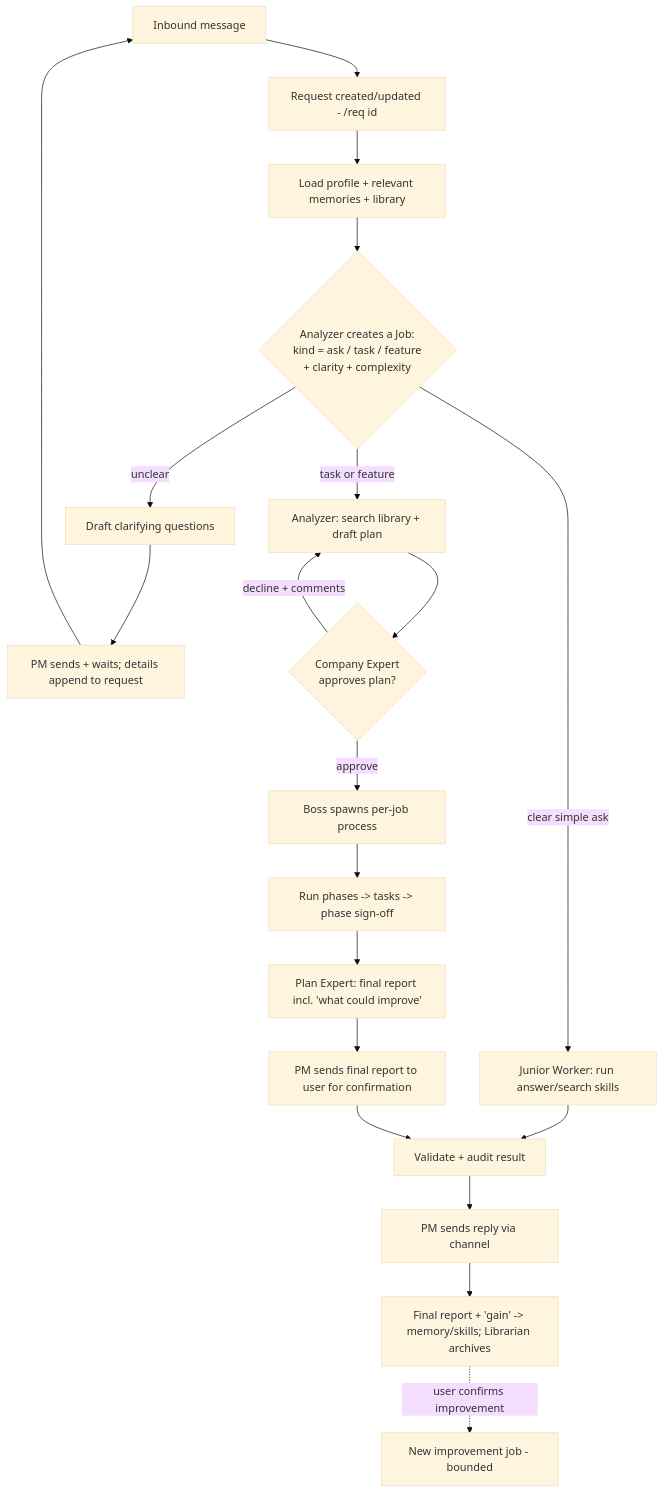
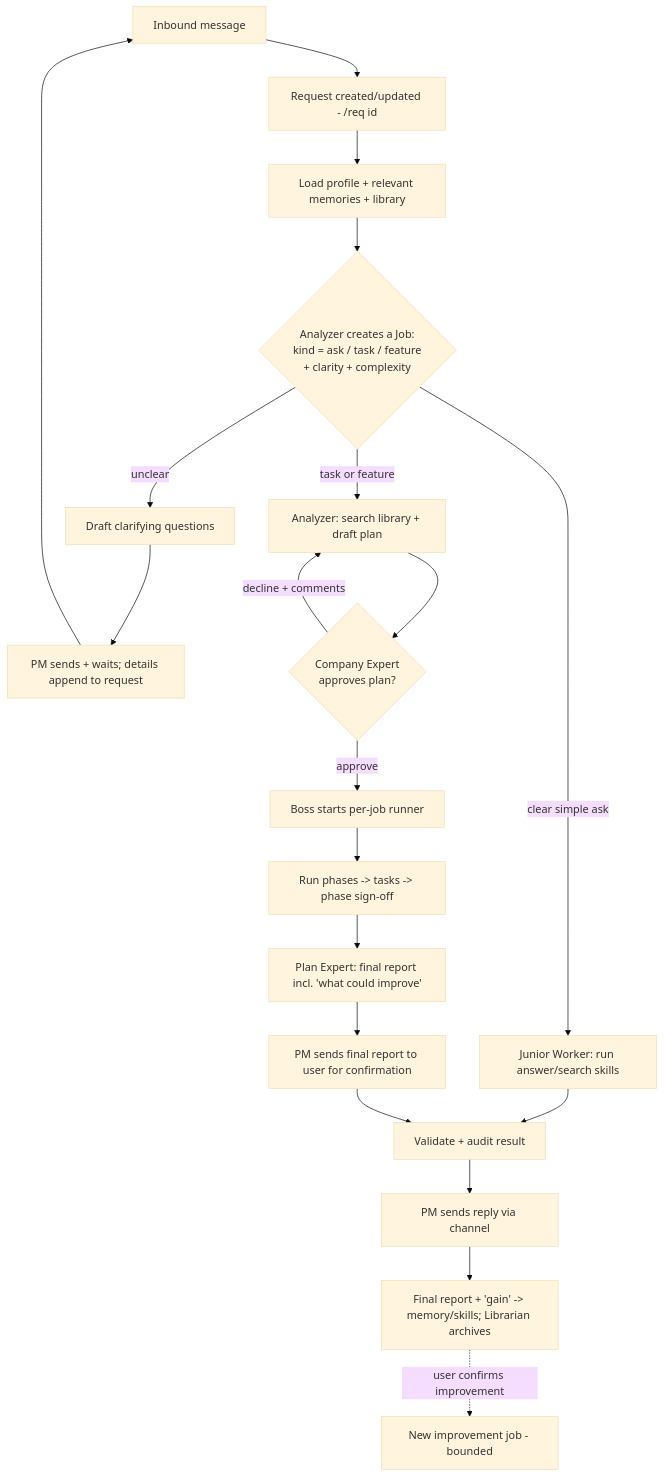
Before and after one commit to AbelHu/ai-research: the third of 11 diagrams in docs/design-spec.md, drawn with Mermaid (base theme). The commit also changed other lines of this file and 2 other files, not shown here.

Commit message:
do not use process for job

````diff
--- a/docs/design-spec.md
+++ b/docs/design-spec.md
@@ -201,23 +201,23 @@
 ```mermaid
 flowchart TD
   IN[Inbound message] --> REQ[Request created/updated - /req id]
   REQ --> CTX[Load profile + relevant memories + library]
   CTX --> TRI{"Analyzer creates a Job:<br/>kind = ask / task / feature<br/>+ clarity + complexity"}
 
   TRI -->|clear simple ask| EXEC[Junior Worker: run answer/search skills]
   TRI -->|unclear| CLAR[Draft clarifying questions] --> SEND1[PM sends + waits; details append to request] --> IN
   TRI -->|task or feature| PLAN[Analyzer: search library + draft plan]
 
   PLAN --> SIGN{Company Expert<br/>approves plan?}
   SIGN -->|decline + comments| PLAN
-  SIGN -->|approve| PROC[Boss spawns per-job process]
+  SIGN -->|approve| PROC[Boss starts per-job runner]
   PROC --> PHASES[Run phases -> tasks -> phase sign-off]
   PHASES --> FINAL[Plan Expert: final report incl. 'what could improve']
 
   EXEC --> VALID[Validate + audit result]
   FINAL --> CONF[PM sends final report to user for confirmation]
   CONF --> VALID
   VALID --> REPLY[PM sends reply via channel]
   REPLY --> MEM[Final report + 'gain' -> memory/skills; Librarian archives]
   MEM -.user confirms improvement.-> IMP[New improvement job - bounded]
 ```
````
